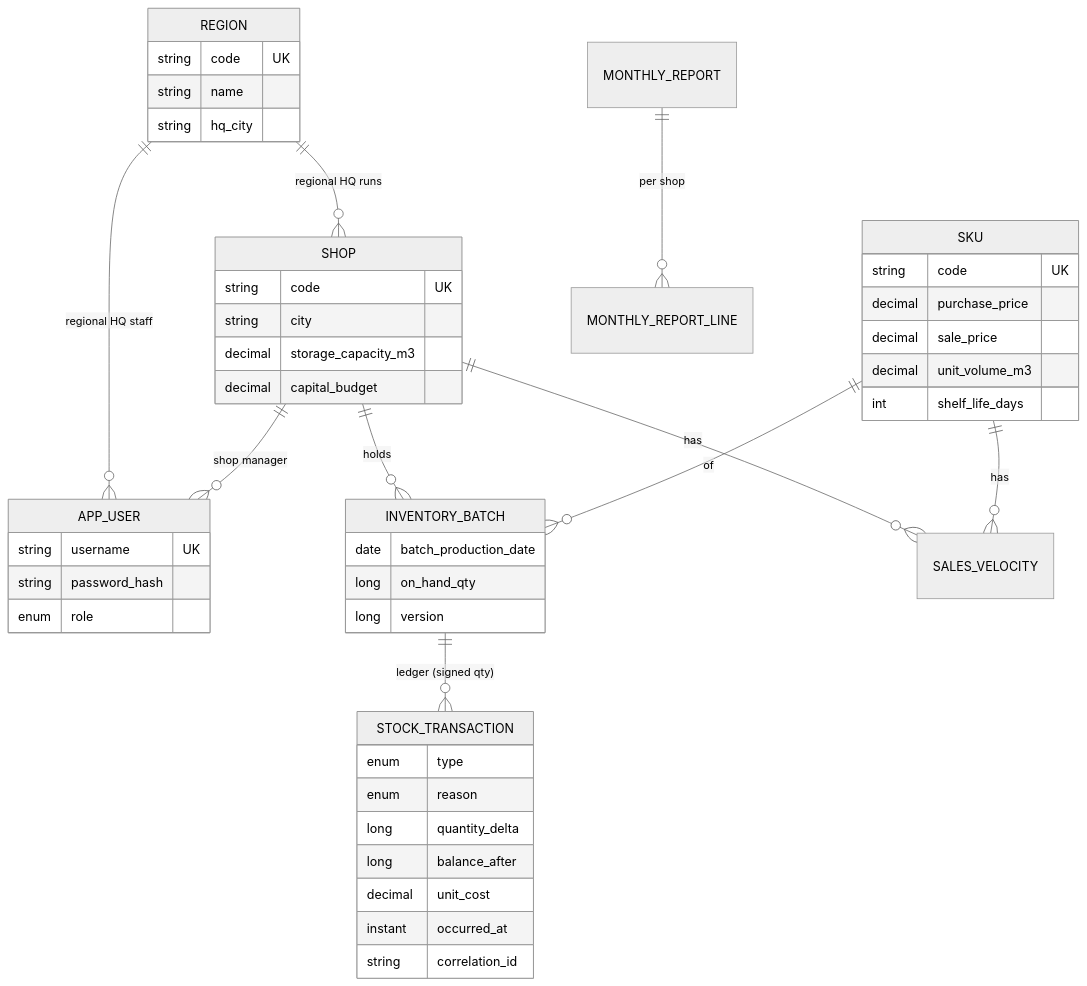
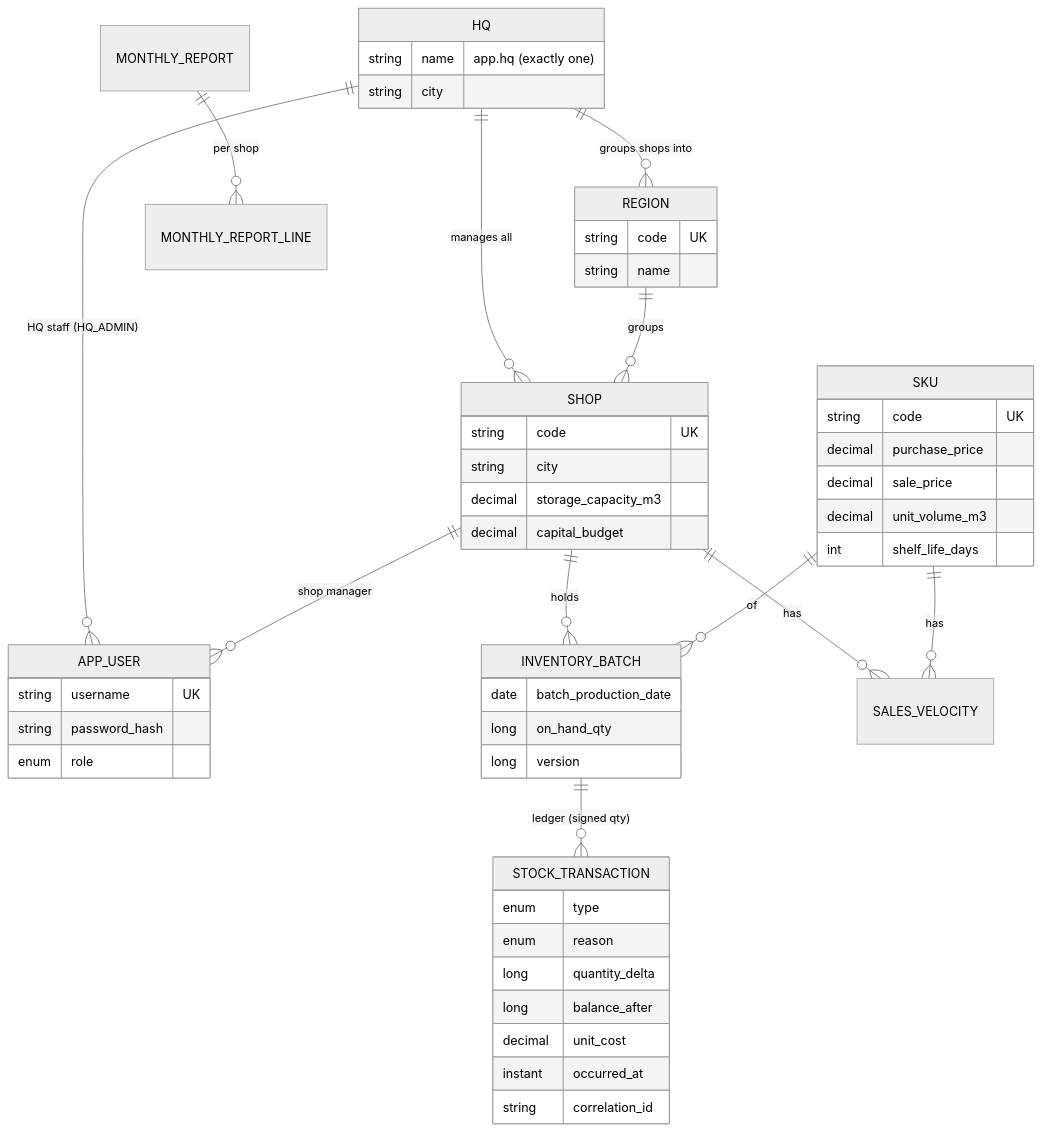
One commit to devinong8/Test changed the second of 2 diagrams in README.md. Above: the diagram before and after it, drawn with Mermaid (neutral theme). The commit also changed other lines of this file and 40 other files, not shown here.

First line of the commit message:
Single HQ: one China Regional HQ manages every shop

````diff
--- a/README.md
+++ b/README.md
@@ -158,18 +154,21 @@
 ```mermaid
 erDiagram
-  REGION ||--o{ SHOP : "regional HQ runs"
-  REGION ||--o{ APP_USER : "regional HQ staff"
+  HQ ||--o{ REGION : "groups shops into"
+  HQ ||--o{ SHOP : "manages all"
+  HQ ||--o{ APP_USER : "HQ staff (HQ_ADMIN)"
+  REGION ||--o{ SHOP : groups
   SHOP ||--o{ APP_USER : "shop manager"
   SHOP ||--o{ INVENTORY_BATCH : holds
   SKU  ||--o{ INVENTORY_BATCH : "of"
   SHOP ||--o{ SALES_VELOCITY : has
   SKU  ||--o{ SALES_VELOCITY : has
   INVENTORY_BATCH ||--o{ STOCK_TRANSACTION : "ledger (signed qty)"
   MONTHLY_REPORT ||--o{ MONTHLY_REPORT_LINE : "per shop"
-  REGION { string code UK  string name  string hq_city }
+  HQ { string name "app.hq (exactly one)"  string city }
+  REGION { string code UK  string name }
   APP_USER { string username UK  string password_hash  enum role }
   SKU { string code UK  decimal purchase_price  decimal sale_price  decimal unit_volume_m3  int shelf_life_days }
   SHOP { string code UK  string city  decimal storage_capacity_m3  decimal capital_budget }
   INVENTORY_BATCH { date batch_production_date  long on_hand_qty  long version }
   STOCK_TRANSACTION { enum type  enum reason  long quantity_delta  long balance_after  decimal unit_cost  instant occurred_at  string correlation_id }
 ```
````
